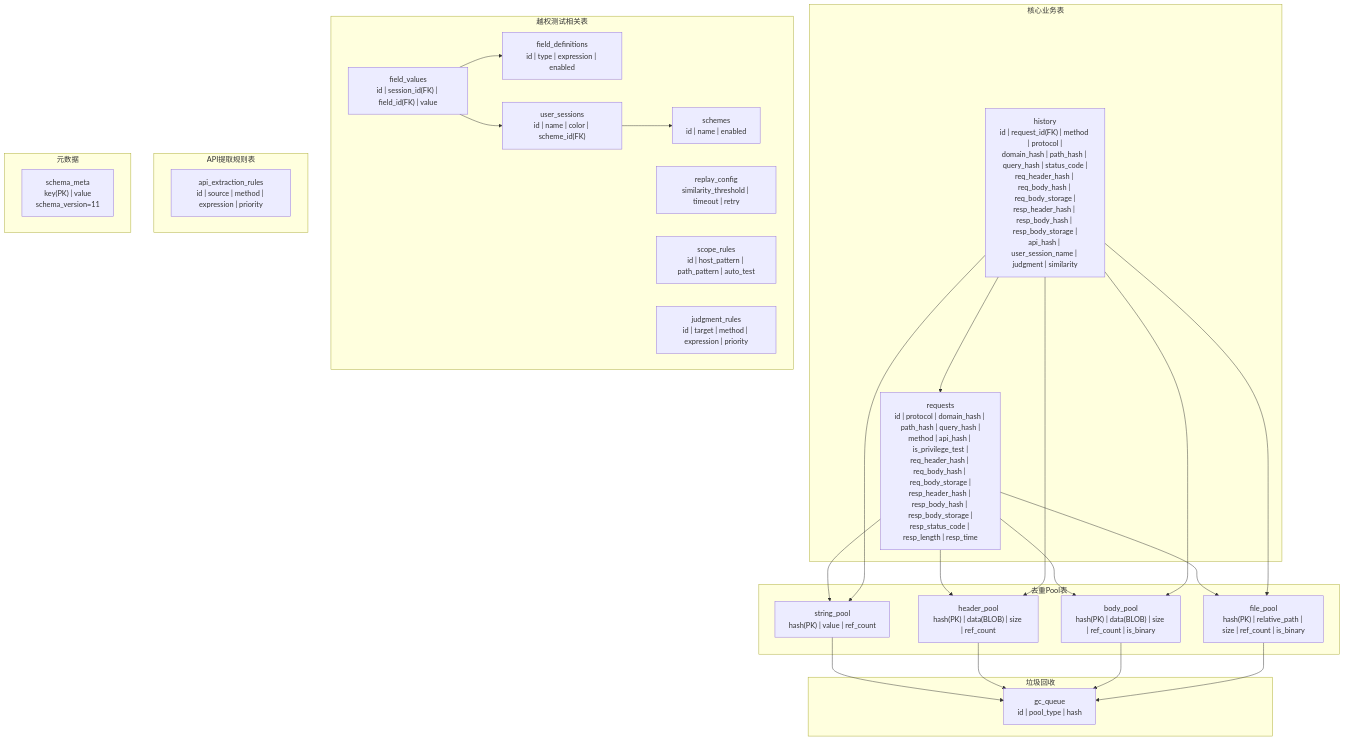
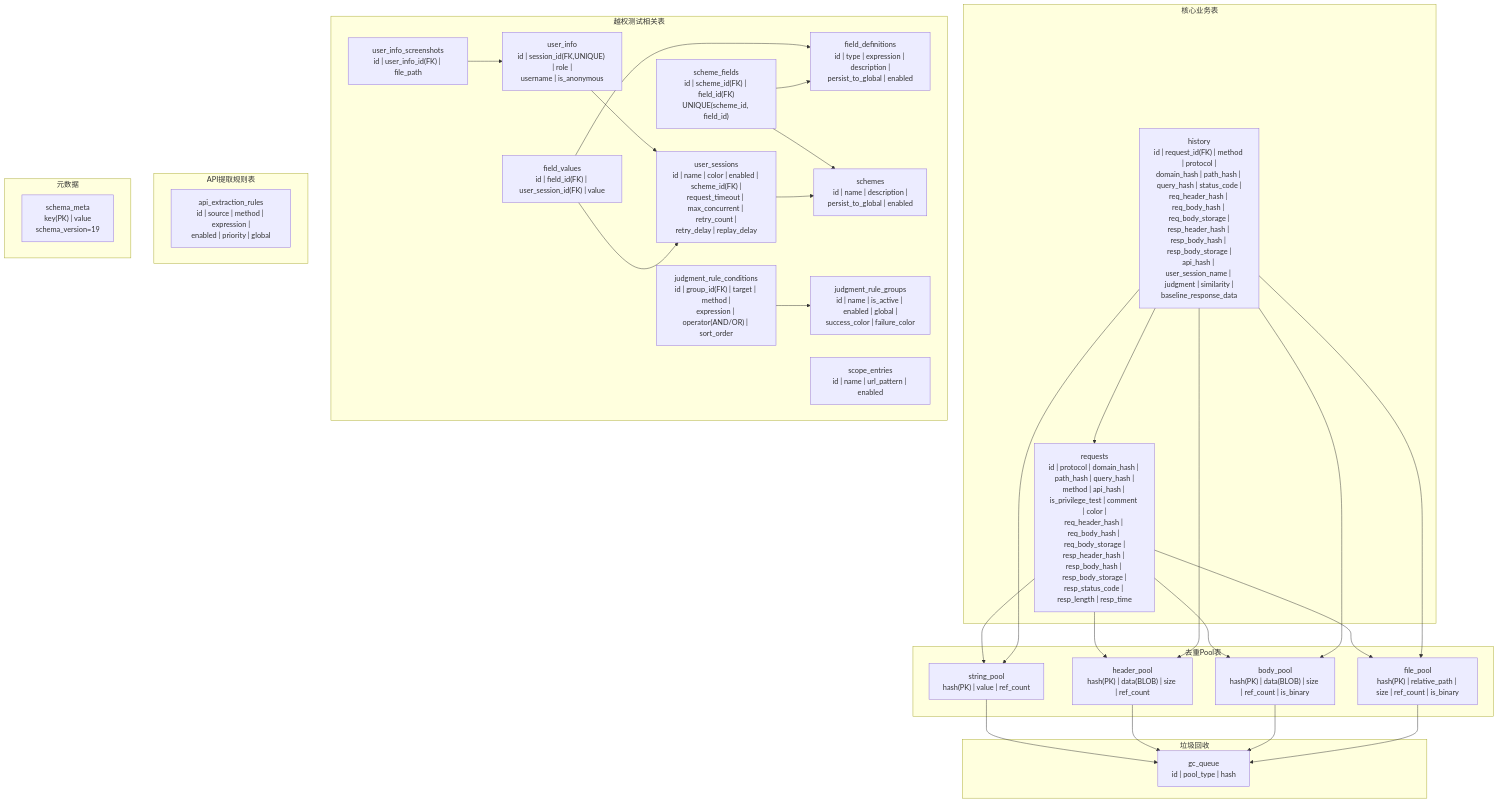
Diagram 30 of 31 in doc/design/data_flow_analysis.md (GitHubNull/repeaterManger), drawn with Mermaid before and after one commit. The commit also changed other lines of this file and 34 other files, not shown here.

````diff
--- a/doc/design/data_flow_analysis.md
+++ b/doc/design/data_flow_analysis.md
@@ -1082,53 +1222,61 @@
 ```mermaid
 graph TB
     subgraph Core["核心业务表"]
-        R["requests<br/>id | protocol | domain_hash | path_hash | query_hash |<br/>method | api_hash | is_privilege_test |<br/>req_header_hash | req_body_hash | req_body_storage |<br/>resp_header_hash | resp_body_hash | resp_body_storage |<br/>resp_status_code | resp_length | resp_time"]
-        H["history<br/>id | request_id(FK) | method | protocol |<br/>domain_hash | path_hash | query_hash | status_code |<br/>req_header_hash | req_body_hash | req_body_storage |<br/>resp_header_hash | resp_body_hash | resp_body_storage |<br/>api_hash | user_session_name | judgment | similarity"]
+        R["requests<br/>id | protocol | domain_hash | path_hash | query_hash |<br/>method | api_hash | is_privilege_test | comment | color |<br/>req_header_hash | req_body_hash | req_body_storage |<br/>resp_header_hash | resp_body_hash | resp_body_storage |<br/>resp_status_code | resp_length | resp_time"]
+        H["history<br/>id | request_id(FK) | method | protocol |<br/>domain_hash | path_hash | query_hash | status_code |<br/>req_header_hash | req_body_hash | req_body_storage |<br/>resp_header_hash | resp_body_hash | resp_body_storage |<br/>api_hash | user_session_name | judgment | similarity |<br/>baseline_response_data"]
     end
 
     subgraph Pools["去重Pool表"]
         SP["string_pool<br/>hash(PK) | value | ref_count"]
         HP["header_pool<br/>hash(PK) | data(BLOB) | size | ref_count"]
         BP["body_pool<br/>hash(PK) | data(BLOB) | size | ref_count | is_binary"]
         FP["file_pool<br/>hash(PK) | relative_path | size | ref_count | is_binary"]
     end
 
     subgraph GC["垃圾回收"]
         GCQ["gc_queue<br/>id | pool_type | hash"]
     end
 
     subgraph Privilege["越权测试相关表"]
-        TL["field_definitions<br/>id | type | expression | enabled"]
-        TS["schemes<br/>id | name | enabled"]
-        US["user_sessions<br/>id | name | color | scheme_id(FK)"]
-        TV["field_values<br/>id | session_id(FK) | field_id(FK) | value"]
-        RC["replay_config<br/>similarity_threshold | timeout | retry"]
-        SCOPE["scope_rules<br/>id | host_pattern | path_pattern | auto_test"]
-        JR["judgment_rules<br/>id | target | method | expression | priority"]
+        FD["field_definitions<br/>id | type | expression | description |<br/>persist_to_global | enabled"]
+        SC["schemes<br/>id | name | description |<br/>persist_to_global | enabled"]
+        SF["scheme_fields<br/>id | scheme_id(FK) | field_id(FK)<br/>UNIQUE(scheme_id, field_id)"]
+        US["user_sessions<br/>id | name | color | enabled | scheme_id(FK) |<br/>request_timeout | max_concurrent | retry_count |<br/>retry_delay | replay_delay"]
+        FV["field_values<br/>id | field_id(FK) | user_session_id(FK) | value"]
+        UI["user_info<br/>id | session_id(FK,UNIQUE) | role |<br/>username | is_anonymous"]
+        UIS["user_info_screenshots<br/>id | user_info_id(FK) | file_path"]
+        JRG["judgment_rule_groups<br/>id | name | is_active | enabled | global |<br/>success_color | failure_color"]
+        JRC["judgment_rule_conditions<br/>id | group_id(FK) | target | method |<br/>expression | operator(AND/OR) | sort_order"]
+        SCOPE["scope_entries<br/>id | name | url_pattern | enabled"]
     end
 
     subgraph API["API提取规则表"]
-        AER["api_extraction_rules<br/>id | source | method | expression | priority"]
+        AER["api_extraction_rules<br/>id | source | method | expression |<br/>enabled | priority | global"]
     end
 
     subgraph Meta["元数据"]
-        SM["schema_meta<br/>key(PK) | value<br/>schema_version=11"]
+        SM["schema_meta<br/>key(PK) | value<br/>schema_version=19"]
     end
 
     R --> SP
     R --> HP
     R --> BP
     R --> FP
     H --> SP
     H --> HP
     H --> BP
     H --> FP
     H --> R
-    US --> TS
-    TV --> US
-    TV --> TL
+    US --> SC
+    SF --> SC
+    SF --> FD
+    FV --> US
+    FV --> FD
+    UI --> US
+    UIS --> UI
+    JRC --> JRG
     SP --> GCQ
     HP --> GCQ
     BP --> GCQ
     FP --> GCQ
 ```
````
